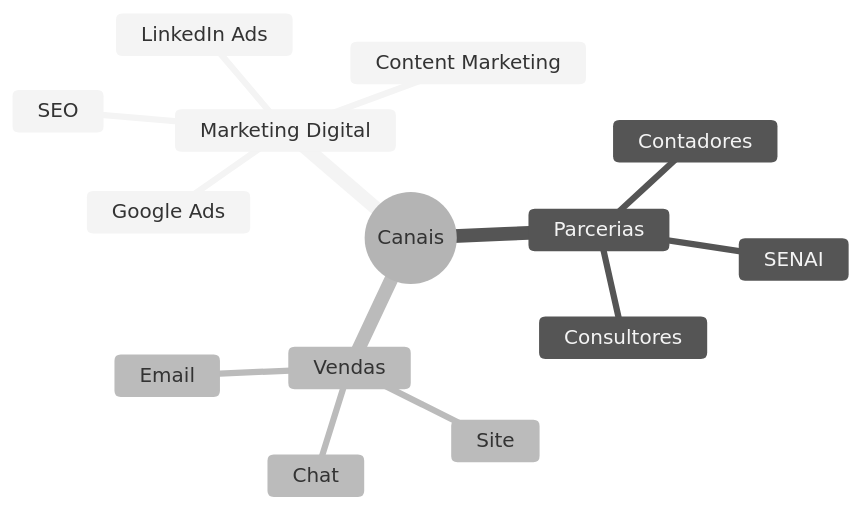
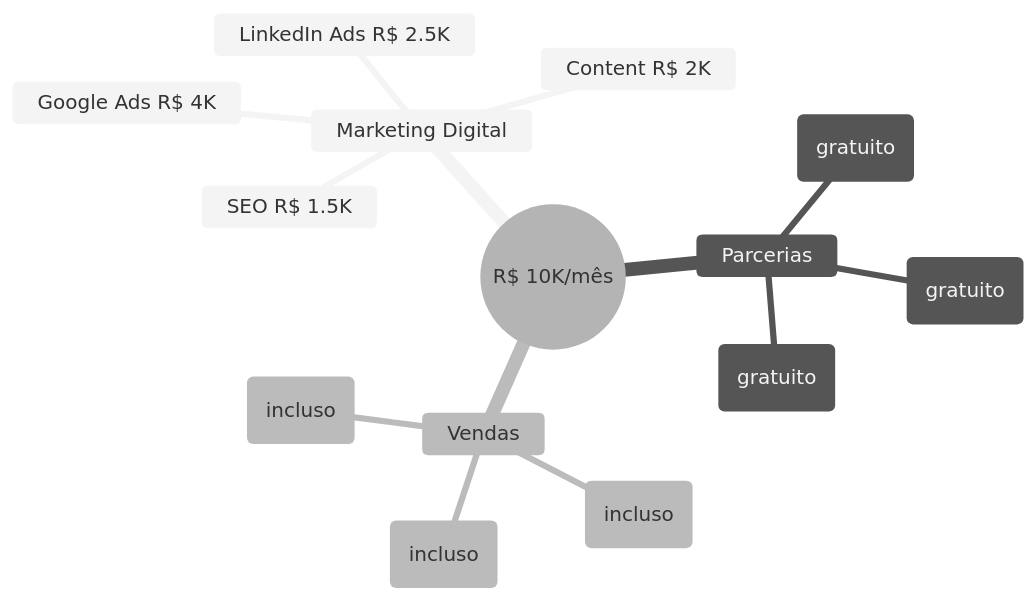
The fourth of 9 diagrams in documentation/docs/estrategia/go-to-market.mdx (matheusmendes720/workconnect-tcc), drawn with Mermaid (neutral theme) before and after one commit. The commit also changed other lines of this file and 16 other files, not shown here.

````diff
--- a/documentation/docs/estrategia/go-to-market.mdx
+++ b/documentation/docs/estrategia/go-to-market.mdx
@@ -77,17 +119,17 @@
 ```mermaid
 mindmap
-  root((Canais))
+  root((R$ 10K/mês))
     Marketing Digital
-      Google Ads
-      LinkedIn Ads
-      Content Marketing
-      SEO
+      Google Ads R$ 4K
+      LinkedIn Ads R$ 2.5K
+      Content R$ 2K
+      SEO R$ 1.5K
     Parcerias
-      SENAI
-      Contadores
-      Consultores
+      SENAI (gratuito)
+      Contadores (gratuito)
+      Consultores (gratuito)
     Vendas
-      Site
-      Chat
-      Email
+      Site (incluso)
+      Chat (incluso)
+      Email (incluso)
 ```
````
